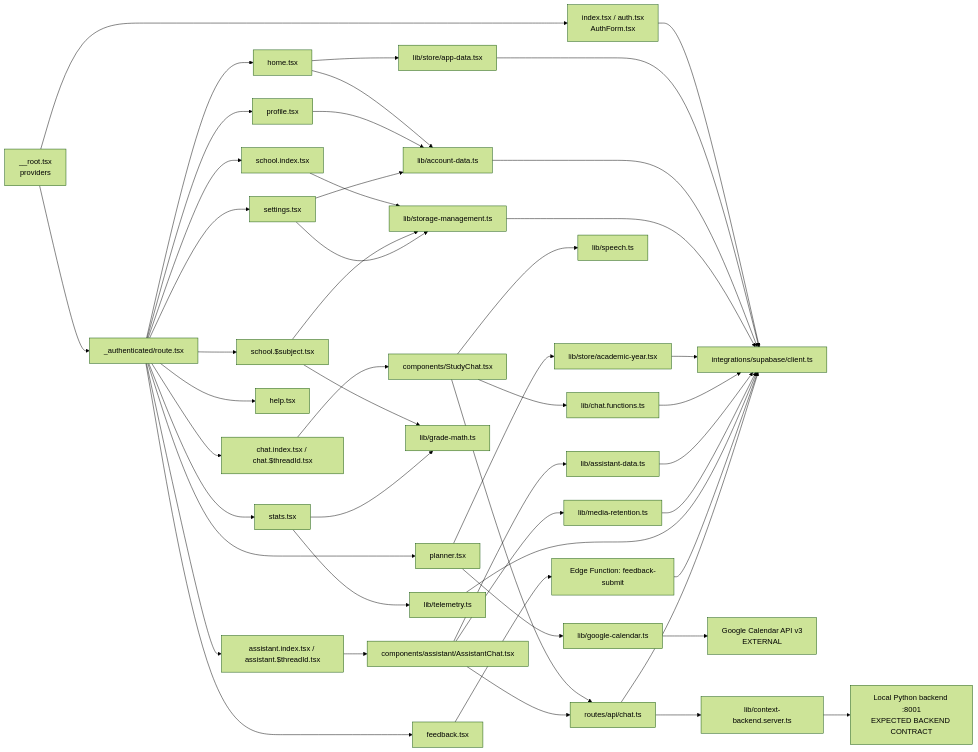
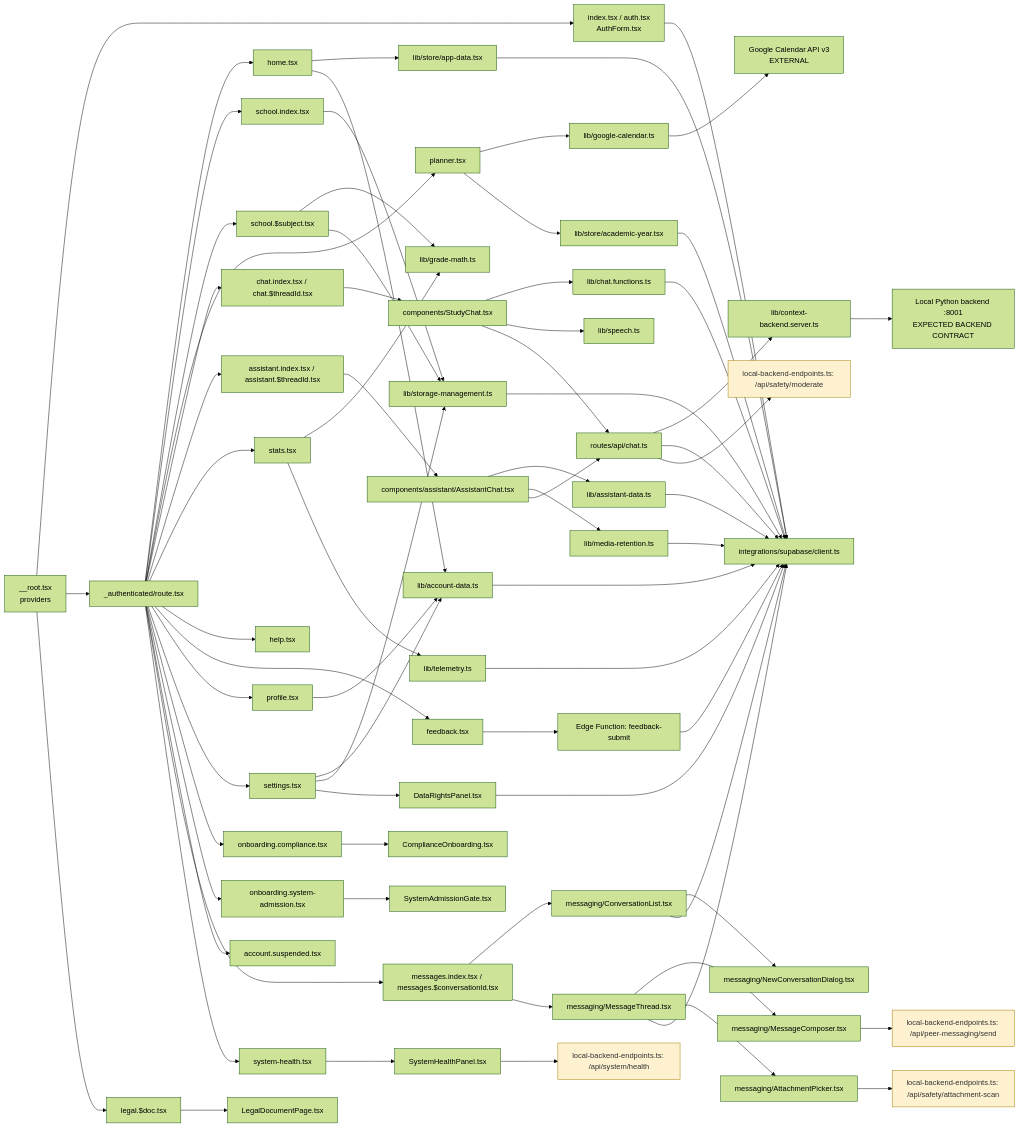
One commit to keyshavmor/study-swiss-star changed the diagram in docs/architecture/FRONTEND_COMPONENT_ARCHITECTURE.mmd. Above: the diagram before and after it, drawn with Mermaid (forest theme). The commit also changed 8 other files, not shown here.

```diff
--- a/docs/architecture/FRONTEND_COMPONENT_ARCHITECTURE.mmd
+++ b/docs/architecture/FRONTEND_COMPONENT_ARCHITECTURE.mmd
@@ -1,66 +1,100 @@
 flowchart LR
   ROOT["__root.tsx<br/>providers"] --> AUTHR["index.tsx / auth.tsx<br/>AuthForm.tsx"]
   ROOT --> GATE["_authenticated/route.tsx"]
 
   GATE --> HOME["home.tsx"]
   GATE --> SCHOOLIDX["school.index.tsx"]
   GATE --> SCHOOLSUB["school.$subject.tsx"]
   GATE --> PLANNER["planner.tsx"]
   GATE --> CHATIDX["chat.index.tsx / chat.$threadId.tsx"]
   GATE --> ASSTIDX["assistant.index.tsx / assistant.$threadId.tsx"]
   GATE --> STATS["stats.tsx"]
   GATE --> HELP["help.tsx"]
   GATE --> FEEDBACK["feedback.tsx"]
   GATE --> PROFILE["profile.tsx"]
   GATE --> SETTINGS["settings.tsx"]
 
   AUTHR --> SUPACLIENT["integrations/supabase/client.ts"]
 
   HOME --> APPDATA["lib/store/app-data.tsx"]
   HOME --> ACCOUNTDATA["lib/account-data.ts"]
   APPDATA --> SUPACLIENT
   ACCOUNTDATA --> SUPACLIENT
 
   SCHOOLIDX --> STORAGEMGMT["lib/storage-management.ts"]
   SCHOOLSUB --> GRADEMATH["lib/grade-math.ts"]
   SCHOOLSUB --> STORAGEMGMT
   STORAGEMGMT --> SUPACLIENT
 
   PLANNER --> GCAL["lib/google-calendar.ts"]
   PLANNER --> ACADYEAR["lib/store/academic-year.tsx"]
   GCAL --> GOOGLEAPI["Google Calendar API v3<br/>EXTERNAL"]
   ACADYEAR --> SUPACLIENT
 
   CHATIDX --> STUDYCHAT["components/StudyChat.tsx"]
   STUDYCHAT --> CHATFN["lib/chat.functions.ts"]
   STUDYCHAT --> SPEECH["lib/speech.ts"]
   CHATFN --> SUPACLIENT
   STUDYCHAT --> APICHAT["routes/api/chat.ts"]
 
   ASSTIDX --> ASSTCHAT["components/assistant/AssistantChat.tsx"]
   ASSTCHAT --> ASSTDATA["lib/assistant-data.ts"]
   ASSTCHAT --> MEDIARET["lib/media-retention.ts"]
   ASSTDATA --> SUPACLIENT
   MEDIARET --> SUPACLIENT
   ASSTCHAT --> APICHAT
 
   STATS --> GRADEMATH
   STATS --> TELEMETRY["lib/telemetry.ts"]
   TELEMETRY --> SUPACLIENT
 
   FEEDBACK --> EDGEFEEDBACK["Edge Function: feedback-submit"]
   EDGEFEEDBACK --> SUPACLIENT
 
   PROFILE --> ACCOUNTDATA
   SETTINGS --> ACCOUNTDATA
   SETTINGS --> STORAGEMGMT
 
   APICHAT --> CTXBACKEND["lib/context-backend.server.ts"]
   CTXBACKEND --> LOCALBACKEND["Local Python backend :8001<br/>EXPECTED BACKEND CONTRACT"]
   APICHAT --> SUPACLIENT
 
+
+  GATE --> ONBCOMPLIANCE2["onboarding.compliance.tsx"]
+  ONBCOMPLIANCE2 --> COMPLIANCECOMP["ComplianceOnboarding.tsx"]
+  GATE --> ONBADMISSION2["onboarding.system-admission.tsx"]
+  ONBADMISSION2 --> ADMISSIONGATECOMP["SystemAdmissionGate.tsx"]
+  GATE --> SUSPENDEDR["account.suspended.tsx"]
+  ROOT --> LEGALR["legal.$doc.tsx"]
+  LEGALR --> LEGALCOMP["LegalDocumentPage.tsx"]
+
+  GATE --> MSGIDX["messages.index.tsx / messages.$conversationId.tsx"]
+  MSGIDX --> CONVLIST["messaging/ConversationList.tsx"]
+  MSGIDX --> MSGTHREADCOMP["messaging/MessageThread.tsx"]
+  MSGTHREADCOMP --> MSGCOMPOSER["messaging/MessageComposer.tsx"]
+  MSGTHREADCOMP --> ATTACHPICK["messaging/AttachmentPicker.tsx"]
+  CONVLIST --> NEWCONVDIALOG["messaging/NewConversationDialog.tsx"]
+  MSGCOMPOSER --> LOCALPEERSEND2["local-backend-endpoints.ts: /api/peer-messaging/send"]
+  ATTACHPICK --> LOCALATTACHSCAN2["local-backend-endpoints.ts: /api/safety/attachment-scan"]
+  CONVLIST --> SUPACLIENT
+  MSGTHREADCOMP --> SUPACLIENT
+
+  GATE --> SYSHEALTHR["system-health.tsx"]
+  SYSHEALTHR --> SYSHEALTHCOMP["SystemHealthPanel.tsx"]
+  SYSHEALTHCOMP --> LOCALHEALTH2["local-backend-endpoints.ts: /api/system/health"]
+
+  SETTINGS --> DATARIGHTSCOMP["DataRightsPanel.tsx"]
+  DATARIGHTSCOMP --> SUPACLIENT
+
+  APICHAT --> LOCALMODERATE2["local-backend-endpoints.ts: /api/safety/moderate"]
+
+  classDef backendUnknown2 fill:#fdf1d0,stroke:#a67c00,color:#333;
+  class LOCALPEERSEND2,LOCALATTACHSCAN2,LOCALHEALTH2,LOCALMODERATE2 backendUnknown2
+
 %% Added this pass: see docs/sequences/POST_LOGIN_STARTUP.mmd and related new sequence
 %% diagrams for the authenticated startup flow (language onboarding once, per-session model
 %% gate, EXPECTED LOCAL BACKEND CONTRACT for model prepare/poll, CURRENT SUPABASE ai_model_catalog
 %% and get_ai_runtime_policy 50/50/50 admission + 30/25/30 runtime floors). auto_storage_cleanup
 %% user preference removed; storage cleanup is now a platform-wide cron (STORAGE_CAPACITY_CLEANUP.mmd).
+
+%% Added this pass: compliance onboarding, system admission gate, suspension, legal document routes, peer messaging surfaces and system health panel. See docs/sequences/STARTUP_COMPLIANCE_LANGUAGE_ADMISSION_MODEL_HOME.mmd, docs/sequences/PEER_CHAT_CREATION_BY_USERNAME.mmd, docs/sequences/SYSTEM_HEALTH_AGGREGATION.mmd and docs/contracts/BACKEND_GAP_MATRIX.md.
```
